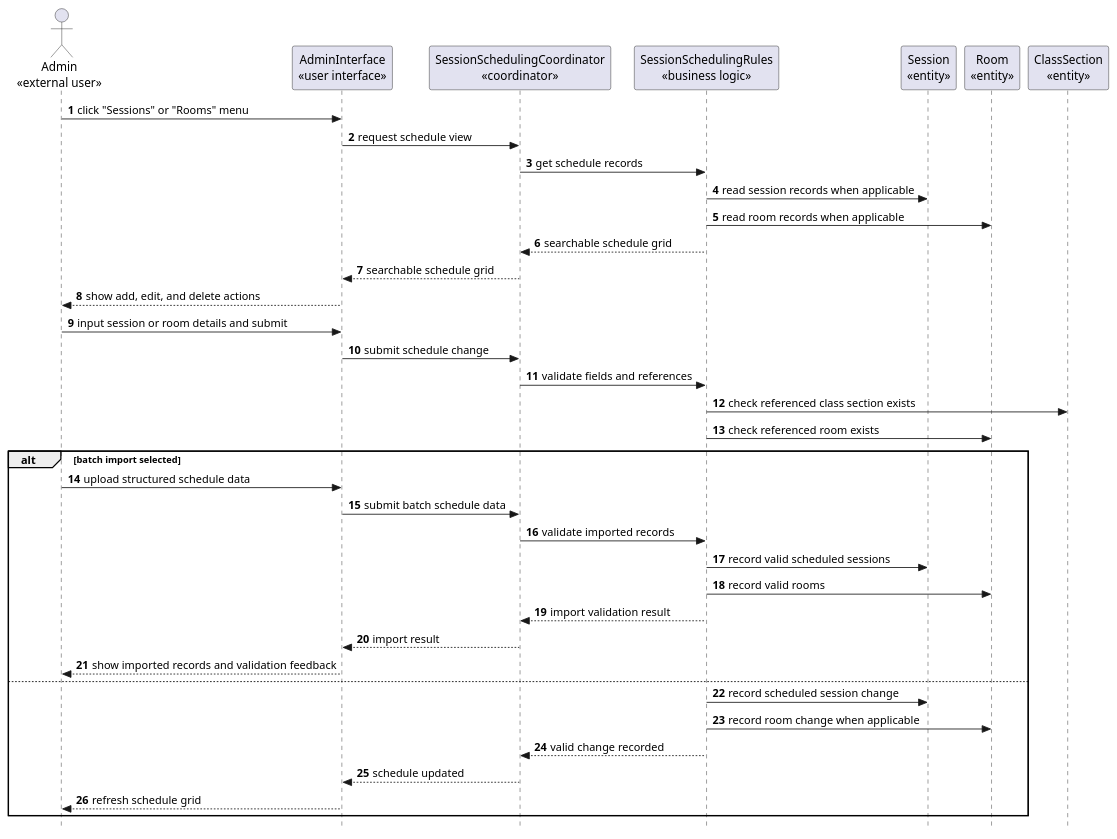
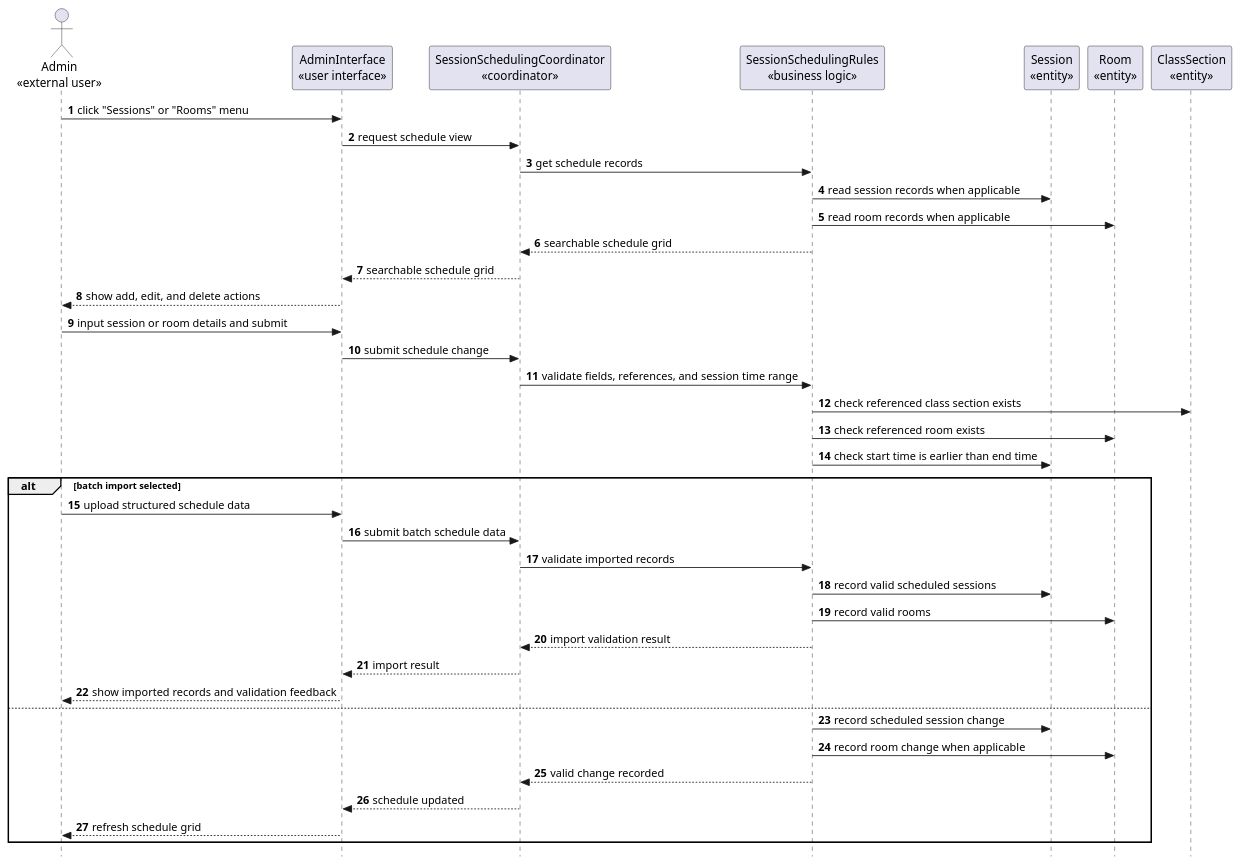
One commit to nttung42/SWD392 changed diagram 31 of 34 in docs/rds/2_Analysis.md. Above: the diagram before and after it, drawn with PlantUML. The commit also changed other lines of this file and 2 other files, not shown here.

````diff
--- a/docs/rds/2_Analysis.md
+++ b/docs/rds/2_Analysis.md
@@ -1349,44 +1362,45 @@
 ```plantuml
 @startuml
 skinparam style strictuml
 autonumber
 actor "Admin\n«external user»" as Admin
 participant "AdminInterface\n«user interface»" as AdminUI
 participant "SessionSchedulingCoordinator\n«coordinator»" as ScheduleControl
 participant "SessionSchedulingRules\n«business logic»" as ScheduleRules
 participant "Session\n«entity»" as Session
 participant "Room\n«entity»" as Room
 participant "ClassSection\n«entity»" as ClassSection
 
 Admin -> AdminUI : click "Sessions" or "Rooms" menu
 AdminUI -> ScheduleControl : request schedule view
 ScheduleControl -> ScheduleRules : get schedule records
 ScheduleRules -> Session : read session records when applicable
 ScheduleRules -> Room : read room records when applicable
 ScheduleRules --> ScheduleControl : searchable schedule grid
 ScheduleControl --> AdminUI : searchable schedule grid
 AdminUI --> Admin : show add, edit, and delete actions
 Admin -> AdminUI : input session or room details and submit
 AdminUI -> ScheduleControl : submit schedule change
-ScheduleControl -> ScheduleRules : validate fields and references
+ScheduleControl -> ScheduleRules : validate fields, references, and session time range
 ScheduleRules -> ClassSection : check referenced class section exists
 ScheduleRules -> Room : check referenced room exists
+ScheduleRules -> Session : check start time is earlier than end time
 
 alt batch import selected
   Admin -> AdminUI : upload structured schedule data
   AdminUI -> ScheduleControl : submit batch schedule data
   ScheduleControl -> ScheduleRules : validate imported records
   ScheduleRules -> Session : record valid scheduled sessions
   ScheduleRules -> Room : record valid rooms
   ScheduleRules --> ScheduleControl : import validation result
   ScheduleControl --> AdminUI : import result
   AdminUI --> Admin : show imported records and validation feedback
 else
   ScheduleRules -> Session : record scheduled session change
   ScheduleRules -> Room : record room change when applicable
   ScheduleRules --> ScheduleControl : valid change recorded
   ScheduleControl --> AdminUI : schedule updated
   AdminUI --> Admin : refresh schedule grid
 end
 @enduml
 ```
````
